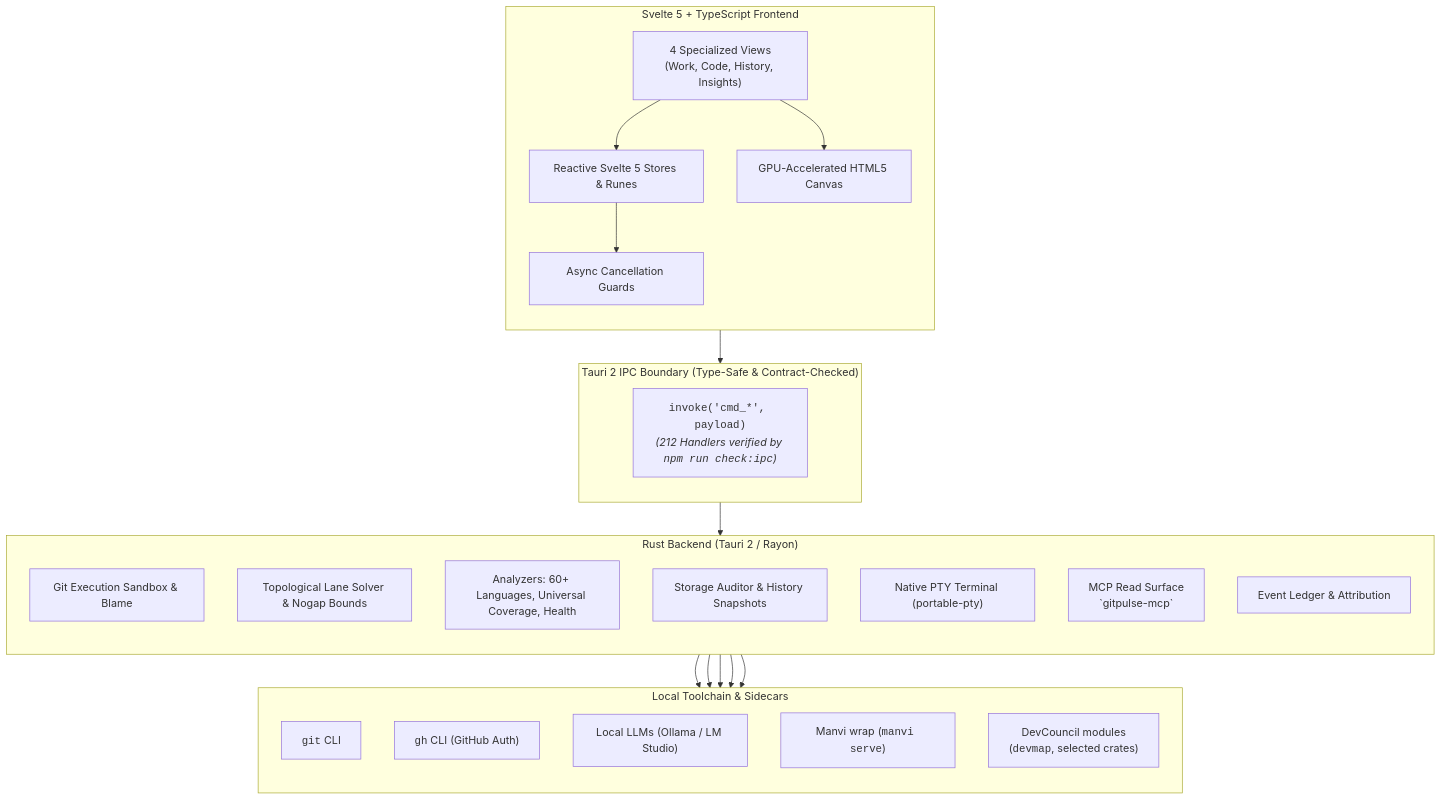
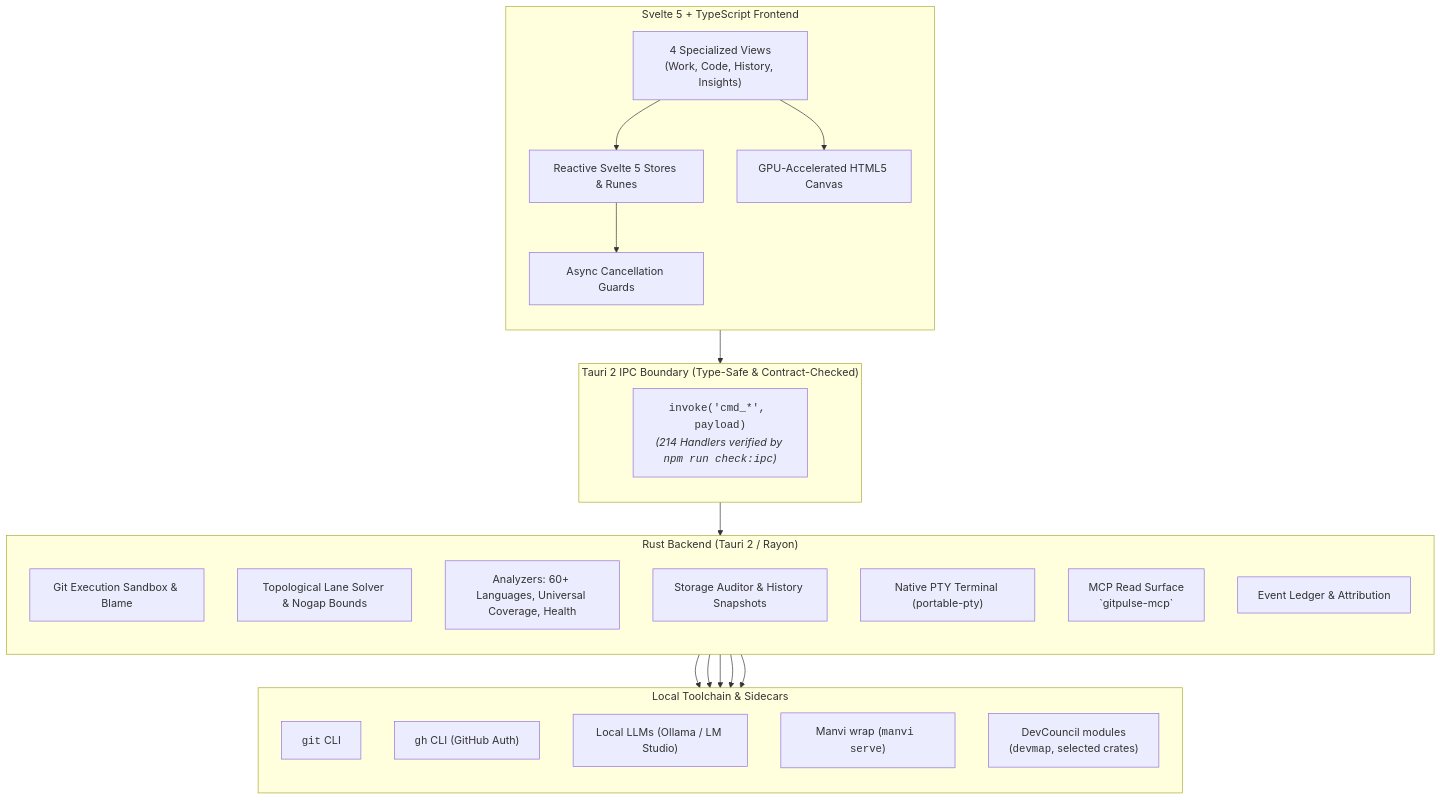
One commit to bharathvbcr/GitPulse changed the first of 4 diagrams in README.md. Above: the diagram before and after it, drawn with Mermaid. The commit also changed other lines of this file and 55 other files, not shown here.

````diff
--- a/README.md
+++ b/README.md
@@ -72,47 +72,47 @@
 ```mermaid
 flowchart TB
     subgraph Frontend["Svelte 5 + TypeScript Frontend"]
         direction TB
         Views["4 Specialized Views<br/>(Work, Code, History, Insights)"]
         Stores["Reactive Svelte 5 Stores & Runes"]
         CanvasEngine["GPU-Accelerated HTML5 Canvas"]
         AsyncGuards["Async Cancellation Guards"]
         
         Views --> Stores
         Views --> CanvasEngine
         Stores --> AsyncGuards
     end
 
     subgraph IPC["Tauri 2 IPC Boundary (Type-Safe & Contract-Checked)"]
         direction TB
-        IPCBridge["<code>invoke('cmd_*', payload)</code><br/><i>(212 Handlers verified by <code>npm run check:ipc</code>)</i>"]
+        IPCBridge["<code>invoke('cmd_*', payload)</code><br/><i>(214 Handlers verified by <code>npm run check:ipc</code>)</i>"]
     end
 
     subgraph Backend["Rust Backend (Tauri 2 / Rayon)"]
         direction TB
         GitSandbox["Git Execution Sandbox & Blame"]
         GraphSolver["Topological Lane Solver & Nogap Bounds"]
         Analyzers["Analyzers: 60+ Languages, Universal Coverage, Health"]
         StorageEngine["Storage Auditor & History Snapshots"]
         TerminalPTY["Native PTY Terminal (portable-pty)"]
         MCPServer["MCP Read Surface<br/>`gitpulse-mcp`"]
         Ledger["Event Ledger & Attribution"]
     end
 
     subgraph LocalTools["Local Toolchain & Sidecars"]
         direction TB
         GitCLI["<code>git</code> CLI"]
         GhCLI["<code>gh</code> CLI (GitHub Auth)"]
         LocalAI["Local LLMs (Ollama / LM Studio)"]
         ManviSidecar["Manvi wrap (<code>manvi serve</code>)"]
         DevCouncilMods["DevCouncil modules<br/>(<code>devmap</code>, selected crates)"]
     end
 
     AsyncGuards --> IPCBridge
     IPCBridge --> Backend
     GitSandbox --> GitCLI
     Analyzers --> GhCLI
     Analyzers --> LocalAI
     Backend --> ManviSidecar
     Backend --> DevCouncilMods
 ```
````
